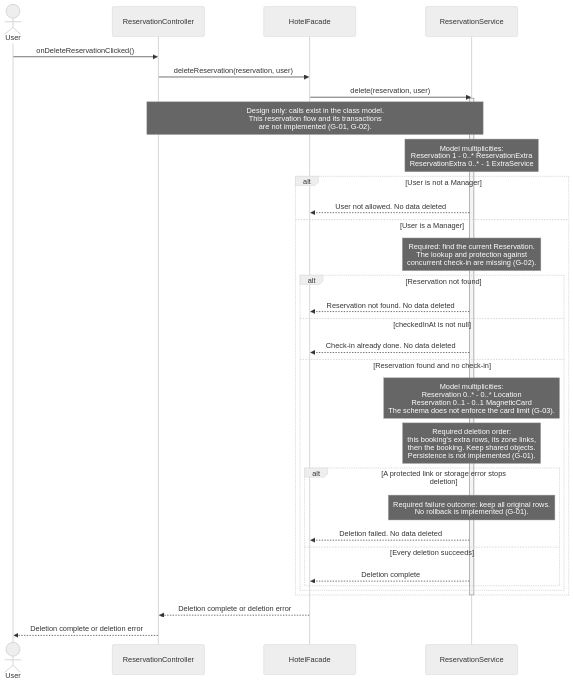
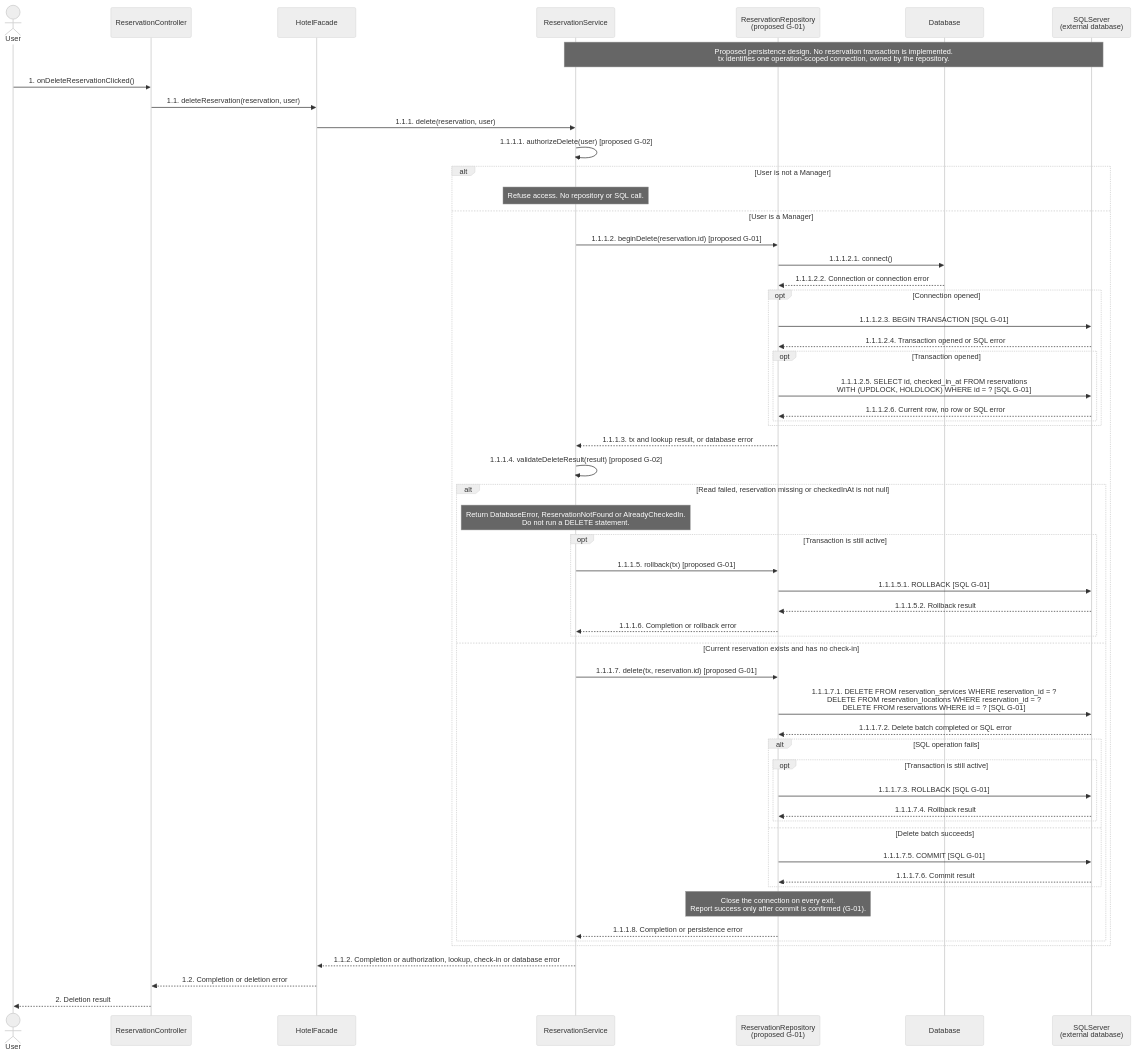
Before and after one commit to BorjaTiago/hotel4you: the first of 2 diagrams in docs/uml/sequence-diagrams.md, drawn with Mermaid. The commit also changed other lines of this file and 1 other file, not shown here.

First line of the commit message:
H4Y-8 show database transactions and XML preview (#39)

````diff
--- a/docs/uml/sequence-diagrams.md
+++ b/docs/uml/sequence-diagrams.md
@@ -29,36 +25,60 @@
 ```mermaid
-%%{init: {"theme":"neutral","fontFamily":"Arial","sequence":{"actorFontFamily":"Arial","noteFontFamily":"Arial","messageFontFamily":"Arial","width":200,"wrap":false}}}%%
+%%{init: {"theme":"neutral","fontFamily":"Arial","sequence":{"width":170,"wrap":false}}}%%
 sequenceDiagram
     actor User
     participant RC as ReservationController
     participant F as HotelFacade
     participant RS as ReservationService
-    User->>RC: onDeleteReservationClicked()
-    RC->>F: deleteReservation(reservation, user)
-    F->>RS: delete(reservation, user)
-    activate RS
-    Note over RC,RS: Design only: calls exist in the class model.<br/>This reservation flow and its transactions<br/>are not implemented (G-01, G-02).
-    Note over RS: Model multiplicities:<br/>Reservation 1 - 0..* ReservationExtra<br/>ReservationExtra 0..* - 1 ExtraService
+    participant RR as ReservationRepository<br/>(proposed G-01)
+    participant D as Database
+    participant SQL as SQLServer<br/>(external database)
+    Note over RS,SQL: Proposed persistence design. No reservation transaction is implemented.<br/>tx identifies one operation-scoped connection, owned by the repository.
+    User->>RC: 1. onDeleteReservationClicked()
+    RC->>F: 1.1. deleteReservation(reservation, user)
+    F->>RS: 1.1.1. delete(reservation, user)
+    RS->>RS: 1.1.1.1. authorizeDelete(user) [proposed G-02]
     alt User is not a Manager
-        RS-->>F: User not allowed. No data deleted
+        Note over RS: Refuse access. No repository or SQL call.
     else User is a Manager
-        Note over RS: Required: find the current Reservation.<br/>The lookup and protection against<br/>concurrent check-in are missing (G-02).
-        alt Reservation not found
-            RS-->>F: Reservation not found. No data deleted
-        else checkedInAt is not null
-            RS-->>F: Check-in already done. No data deleted
-        else Reservation found and no check-in
-            Note over RS: Model multiplicities:<br/>Reservation 0..* - 0..* Location<br/>Reservation 0..1 - 0..1 MagneticCard<br/>The schema does not enforce the card limit (G-03).
-            Note over RS: Required deletion order:<br/>this booking's extra rows, its zone links,<br/>then the booking. Keep shared objects.<br/>Persistence is not implemented (G-01).
-            alt A protected link or storage error stops deletion
-                Note over RS: Required failure outcome: keep all original rows.<br/>No rollback is implemented (G-01).
-                RS-->>F: Deletion failed. No data deleted
-            else Every deletion succeeds
-                RS-->>F: Deletion complete
+        RS->>RR: 1.1.1.2. beginDelete(reservation.id) [proposed G-01]
+        RR->>D: 1.1.1.2.1. connect()
+        D-->>RR: 1.1.1.2.2. Connection or connection error
+        opt Connection opened
+            RR->>SQL: 1.1.1.2.3. BEGIN TRANSACTION [SQL G-01]
+            SQL-->>RR: 1.1.1.2.4. Transaction opened or SQL error
+            opt Transaction opened
+                RR->>SQL: 1.1.1.2.5. SELECT id, checked_in_at FROM reservations<br/>WITH (UPDLOCK, HOLDLOCK) WHERE id = ? [SQL G-01]
+                SQL-->>RR: 1.1.1.2.6. Current row, no row or SQL error
             end
         end
+        RR-->>RS: 1.1.1.3. tx and lookup result, or database error
+        RS->>RS: 1.1.1.4. validateDeleteResult(result) [proposed G-02]
+        alt Read failed, reservation missing or checkedInAt is not null
+            Note over RS: Return DatabaseError, ReservationNotFound or AlreadyCheckedIn.<br/>Do not run a DELETE statement.
+            opt Transaction is still active
+                RS->>RR: 1.1.1.5. rollback(tx) [proposed G-01]
+                RR->>SQL: 1.1.1.5.1. ROLLBACK [SQL G-01]
+                SQL-->>RR: 1.1.1.5.2. Rollback result
+                RR-->>RS: 1.1.1.6. Completion or rollback error
+            end
+        else Current reservation exists and has no check-in
+            RS->>RR: 1.1.1.7. delete(tx, reservation.id) [proposed G-01]
+            RR->>SQL: 1.1.1.7.1. DELETE FROM reservation_services WHERE reservation_id = ?<br/>DELETE FROM reservation_locations WHERE reservation_id = ?<br/>DELETE FROM reservations WHERE id = ? [SQL G-01]
+            SQL-->>RR: 1.1.1.7.2. Delete batch completed or SQL error
+            alt SQL operation fails
+                opt Transaction is still active
+                    RR->>SQL: 1.1.1.7.3. ROLLBACK [SQL G-01]
+                    SQL-->>RR: 1.1.1.7.4. Rollback result
+                end
+            else Delete batch succeeds
+                RR->>SQL: 1.1.1.7.5. COMMIT [SQL G-01]
+                SQL-->>RR: 1.1.1.7.6. Commit result
+            end
+            Note over RR: Close the connection on every exit.<br/>Report success only after commit is confirmed (G-01).
+            RR-->>RS: 1.1.1.8. Completion or persistence error
+        end
     end
-    deactivate RS
-    F-->>RC: Deletion complete or deletion error
-    RC-->>User: Deletion complete or deletion error
+    RS-->>F: 1.1.2. Completion or authorization, lookup, check-in or database error
+    F-->>RC: 1.2. Completion or deletion error
+    RC-->>User: 2. Deletion result
 ```
````
